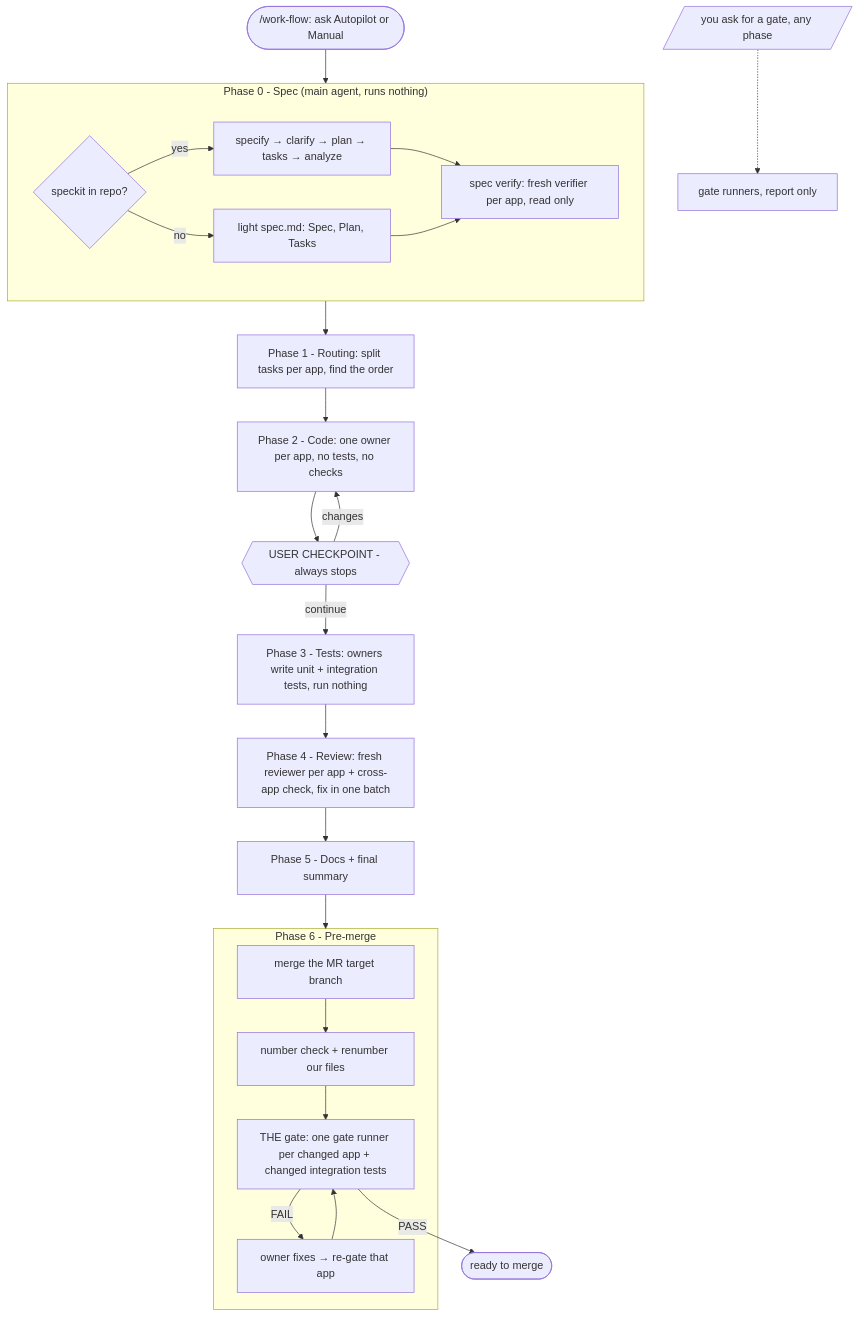
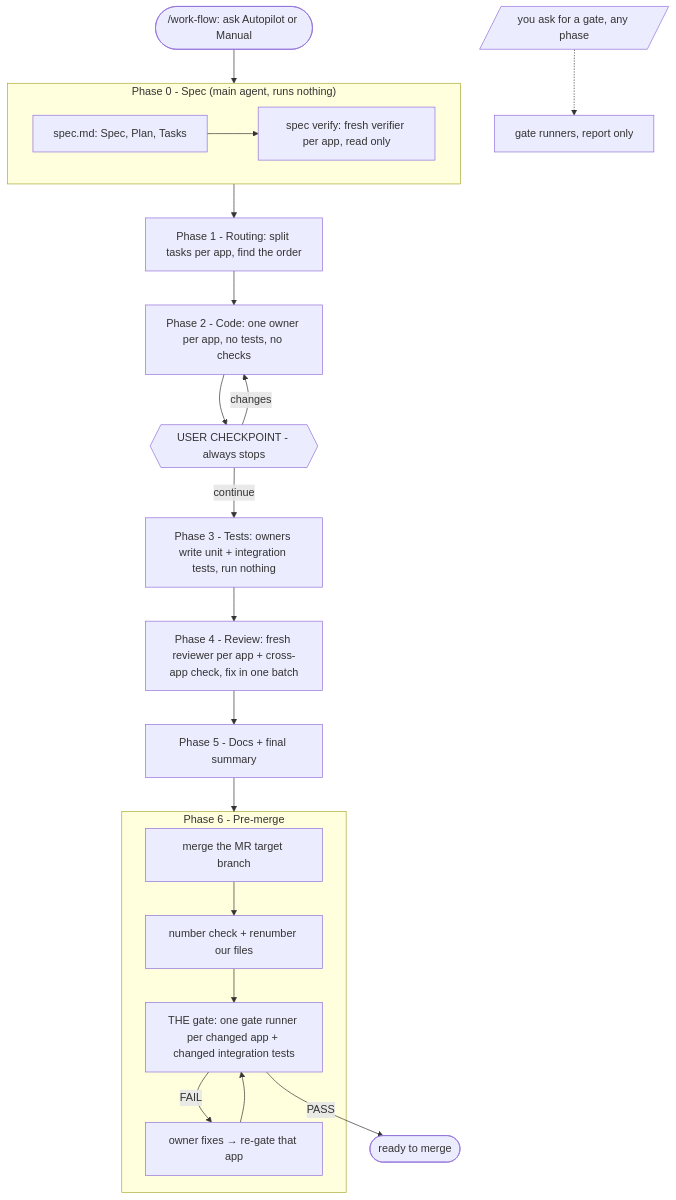
The diagram in plugins/naphatwx-tools/skills/work-flow/README.md (naphatwx/naphatwx-tools), drawn with Mermaid before and after one commit. The commit also changed other lines of this file and 12 other files, not shown here.

````diff
--- a/plugins/naphatwx-tools/skills/work-flow/README.md
+++ b/plugins/naphatwx-tools/skills/work-flow/README.md
@@ -21,30 +21,27 @@
 ```mermaid
 flowchart TD
     START([/work-flow: ask Autopilot or Manual]) --> P0
 
     subgraph P0["Phase 0 - Spec (main agent, runs nothing)"]
-        SK{speckit in repo?} -->|yes| SP[specify → clarify → plan → tasks → analyze]
-        SK -->|no| LS[light spec.md: Spec, Plan, Tasks]
-        SP --> VER[spec verify: fresh verifier per app, read only]
-        LS --> VER
+        LS[spec.md: Spec, Plan, Tasks] --> VER[spec verify: fresh verifier per app, read only]
     end
 
     P0 --> P1[Phase 1 - Routing: split tasks per app, find the order]
     P1 --> P2[Phase 2 - Code: one owner per app, no tests, no checks]
     P2 --> CP{{USER CHECKPOINT - always stops}}
     CP -->|changes| P2
     CP -->|continue| P3[Phase 3 - Tests: owners write unit + integration tests, run nothing]
     P3 --> P4[Phase 4 - Review: fresh reviewer per app + cross-app check, fix in one batch]
     P4 --> P5[Phase 5 - Docs + final summary]
     P5 --> P6
 
     subgraph P6["Phase 6 - Pre-merge"]
         M[merge the MR target branch] --> N[number check + renumber our files]
         N --> G[THE gate: one gate runner per changed app + changed integration tests]
         G -->|FAIL| F[owner fixes → re-gate that app]
         F --> G
     end
 
     G -->|PASS| DONE([ready to merge])
     ASK[/you ask for a gate, any phase/] -.-> ON[gate runners, report only]
 ```
````
